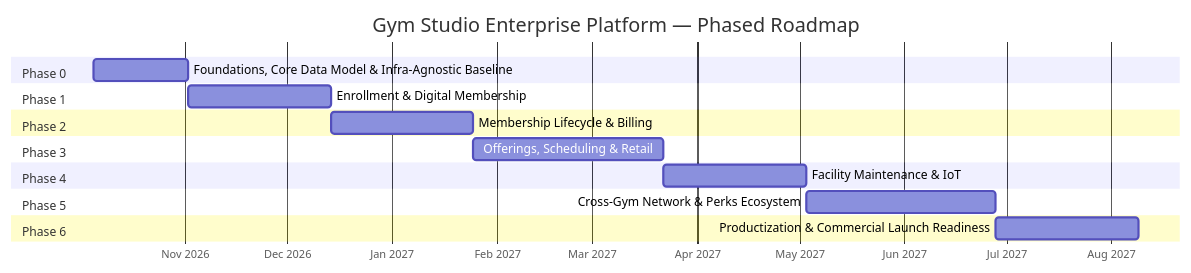
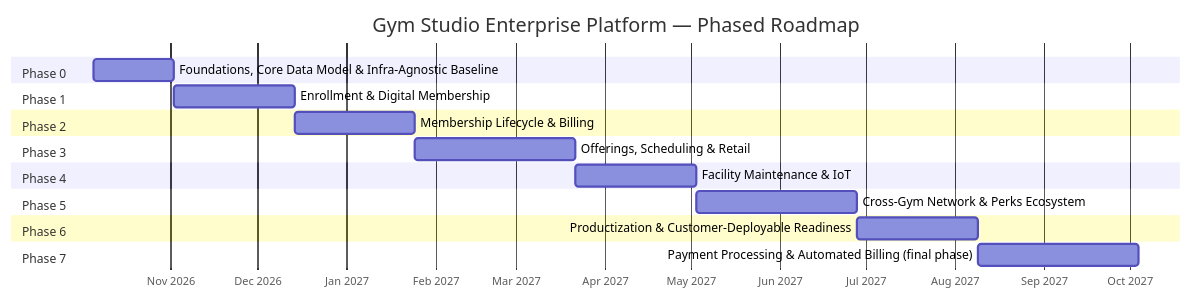
Before and after one commit to palkalaiselvand/gym-studio: the diagram in product requirement/07_iterative_implementation_roadmap.md, drawn with Mermaid. The commit also changed other lines of this file and 14 other files, not shown here.

````diff
--- a/product requirement/07_iterative_implementation_roadmap.md
+++ b/product requirement/07_iterative_implementation_roadmap.md
@@ -15,20 +15,22 @@
 ```mermaid
 gantt
     title Gym Studio Enterprise Platform — Phased Roadmap
     dateFormat  YYYY-MM-DD
     axisFormat  %b %Y
     section Phase 0
     Foundations, Core Data Model & Infra-Agnostic Baseline :p0, 2026-10-05, 4w
     section Phase 1
     Enrollment & Digital Membership    :p1, after p0, 6w
     section Phase 2
     Membership Lifecycle & Billing     :p2, after p1, 6w
     section Phase 3
     Offerings, Scheduling & Retail     :p3, after p2, 8w
     section Phase 4
     Facility Maintenance & IoT         :p4, after p3, 6w
     section Phase 5
     Cross-Gym Network & Perks Ecosystem:p5, after p4, 8w
     section Phase 6
-    Productization & Commercial Launch Readiness :p6, after p5, 6w
+    Productization & Customer-Deployable Readiness :p6, after p5, 6w
+    section Phase 7
+    Payment Processing & Automated Billing (final phase) :p7, after p6, 8w
 ```
````
